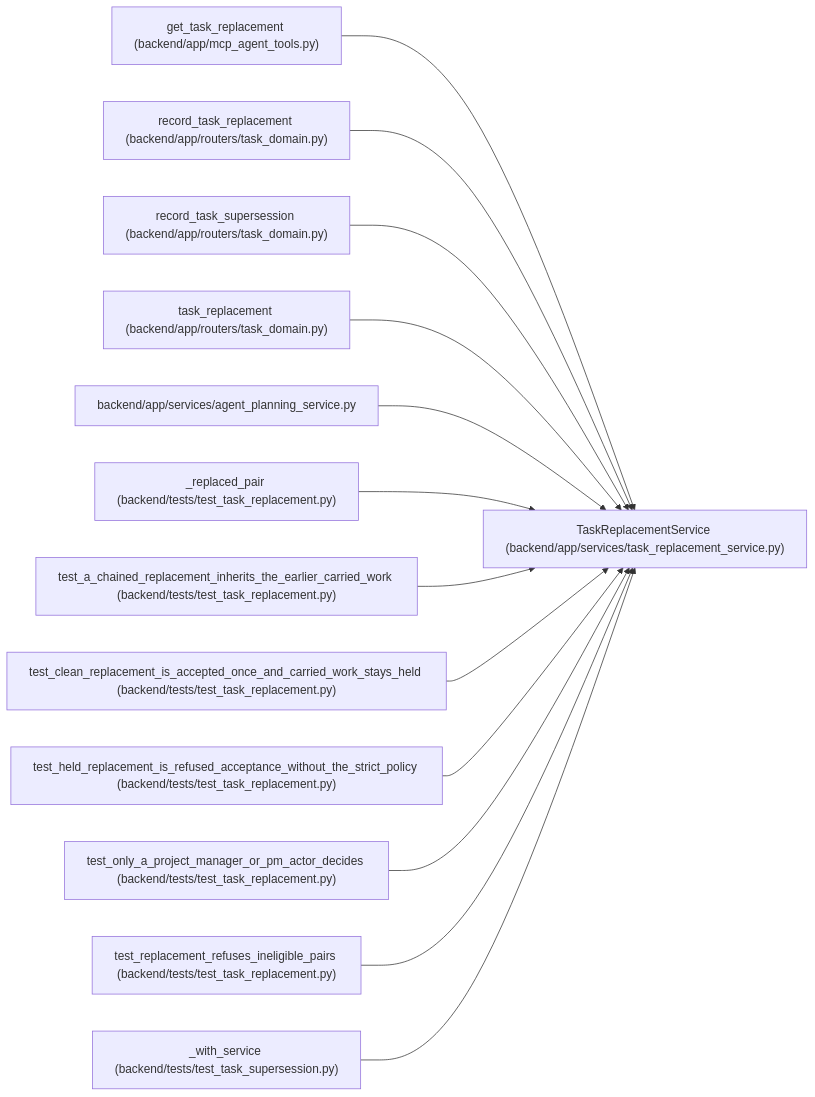
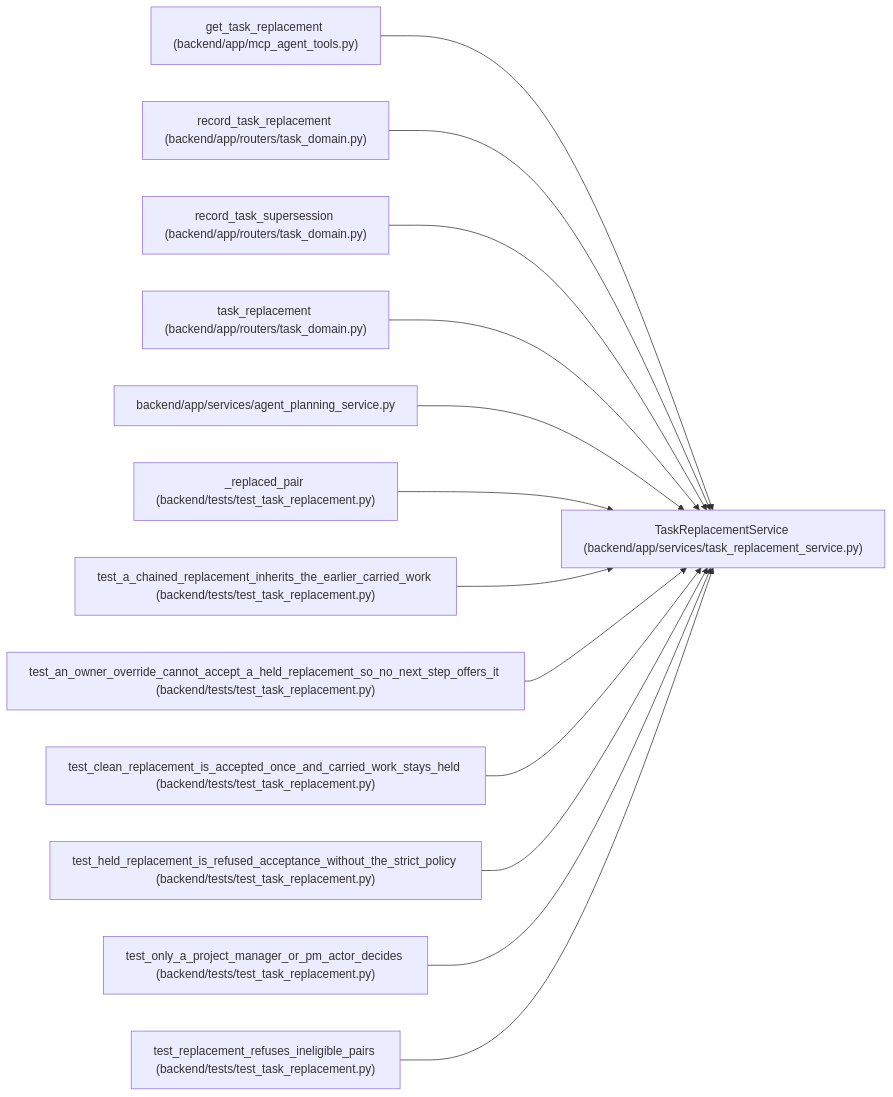
One commit to Denissvgn/WorkChord changed the diagram in docs/llm_wiki/entities/TaskReplacementService.md. Above: the diagram before and after it, drawn with Mermaid. The commit also changed other lines of this file and 733 other files, not shown here.

Commit message:
Sync the architectural wiki for refusal next steps

````diff
--- a/docs/llm_wiki/entities/TaskReplacementService.md
+++ b/docs/llm_wiki/entities/TaskReplacementService.md
@@ -38,41 +38,41 @@
 ```mermaid
 flowchart LR
     n0["TaskReplacementService (backend/app/services/task_replacement_service.py)"]
     n1["get_task_replacement (backend/app/mcp_agent_tools.py)"]
     n2["record_task_replacement (backend/app/routers/task_domain.py)"]
     n3["record_task_supersession (backend/app/routers/task_domain.py)"]
     n4["task_replacement (backend/app/routers/task_domain.py)"]
     n5["backend/app/services/agent_planning_service.py"]
     n6["_replaced_pair (backend/tests/test_task_replacement.py)"]
     n7["test_a_chained_replacement_inherits_the_earlier_carried_work (backend/tests/test_task_replacement.py)"]
-    n8["test_clean_replacement_is_accepted_once_and_carried_work_stays_held (backend/tests/test_task_replacement.py)"]
-    n9["test_held_replacement_is_refused_acceptance_without_the_strict_policy (backend/tests/test_task_replacement.py)"]
-    n10["test_only_a_project_manager_or_pm_actor_decides (backend/tests/test_task_replacement.py)"]
-    n11["test_replacement_refuses_ineligible_pairs (backend/tests/test_task_replacement.py)"]
-    n12["_with_service (backend/tests/test_task_supersession.py)"]
+    n8["test_an_owner_override_cannot_accept_a_held_replacement_so_no_next_step_offers_it (backend/tests/test_task_replacement.py)"]
+    n9["test_clean_replacement_is_accepted_once_and_carried_work_stays_held (backend/tests/test_task_replacement.py)"]
+    n10["test_held_replacement_is_refused_acceptance_without_the_strict_policy (backend/tests/test_task_replacement.py)"]
+    n11["test_only_a_project_manager_or_pm_actor_decides (backend/tests/test_task_replacement.py)"]
+    n12["test_replacement_refuses_ineligible_pairs (backend/tests/test_task_replacement.py)"]
     n1 --> n0
     n2 --> n0
     n3 --> n0
     n4 --> n0
     n5 --> n0
     n6 --> n0
     n7 --> n0
     n8 --> n0
     n9 --> n0
     n10 --> n0
     n11 --> n0
     n12 --> n0
     click n0 "../modules/task_replacement_service.md"
     click n1 "../modules/mcp_agent_tools.md"
     click n2 "../modules/routers_task_domain.md"
     click n3 "../modules/routers_task_domain.md"
     click n4 "../modules/routers_task_domain.md"
     click n5 "../modules/agent_planning_service.md"
     click n6 "../modules/test_task_replacement.md"
     click n7 "../modules/test_task_replacement.md"
     click n8 "../modules/test_task_replacement.md"
     click n9 "../modules/test_task_replacement.md"
     click n10 "../modules/test_task_replacement.md"
     click n11 "../modules/test_task_replacement.md"
-    click n12 "../modules/test_task_supersession.md"
+    click n12 "../modules/test_task_replacement.md"
 ```
````
